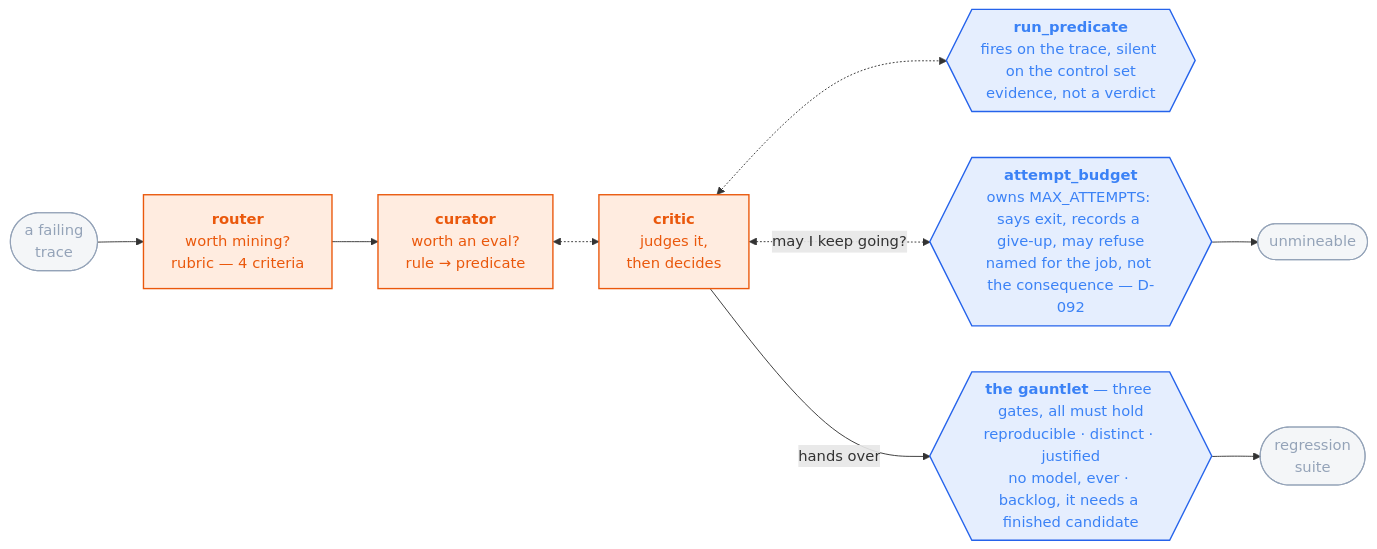
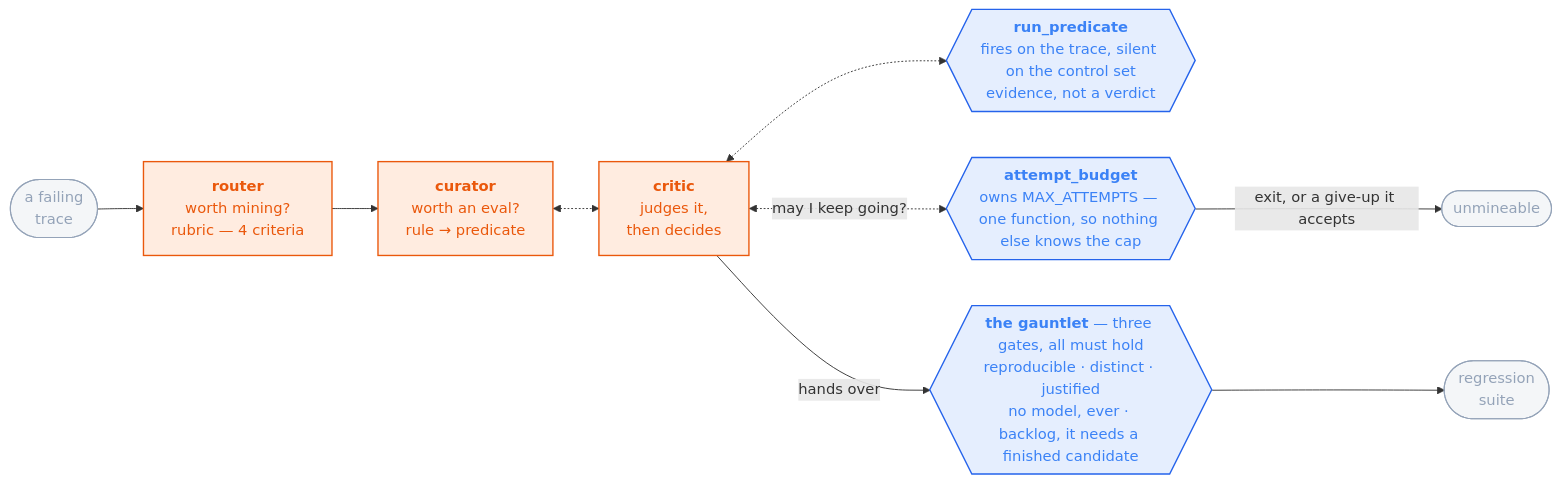
The diagram in README.md (sandeepyadav1478/touchstone), drawn with Mermaid before and after one commit.

Commit message:
Trim the attempt_budget label -- the arrow already says it
The node said "records a give-up" and pointed at a box called unmineable.
Same claim twice in adjacent boxes. The label now carries only what the arrow
cannot: one function owns the cap. "may refuse" moves onto the edge, where the
outcome it qualifies actually is.

unmineable stays. It is one of exactly two outputs -- the other is the
regression suite -- and a diagram drawing only the suite path says by omission
that giving up is an error, which is the one thing the docs keep denying.

````diff
--- a/README.md
+++ b/README.md
@@ -80,18 +80,18 @@
 ```mermaid
 flowchart LR
   T(["a failing<br/>trace"]) --> R["<b>router</b><br/>worth mining?<br/>rubric — 4 criteria"]
   R --> CU["<b>curator</b><br/>worth an eval?<br/>rule → predicate"]
   CU <-.-> CR["<b>critic</b><br/>judges it,<br/>then decides"]
   CR <-.-> RP{{"<b>run_predicate</b><br/>fires on the trace, silent on the control set<br/>evidence, not a verdict"}}
-  CR <-.->|"may I keep going?"| BUDGET{{"<b>attempt_budget</b><br/>owns MAX_ATTEMPTS: says exit, records a give-up, may refuse<br/>named for the job, not the consequence — D-092"}}
-  BUDGET --> U(["unmineable"])
+  CR <-.->|"may I keep going?"| BUDGET{{"<b>attempt_budget</b><br/>owns MAX_ATTEMPTS — one function, so nothing else knows the cap"}}
+  BUDGET -->|"exit, or a give-up it accepts"| U(["unmineable"])
   CR -->|"hands over"| AD{{"<b>the gauntlet</b> — three gates, all must hold<br/>reproducible · distinct · justified<br/>no model, ever · backlog, it needs a finished candidate"}}
   AD --> S(["regression<br/>suite"])
 
   classDef m fill:#f9731622,stroke:#ea580c,stroke-width:1.5px,color:#ea580c
   classDef d fill:#3b82f622,stroke:#2563eb,stroke-width:1.5px,color:#3b82f6
   classDef io fill:#94a3b81a,stroke:#94a3b8,stroke-width:1.2px,color:#94a3b8
   class R,CU,CR m
   class RP,BUDGET,AD d
   class T,S,U io
 ```
````
